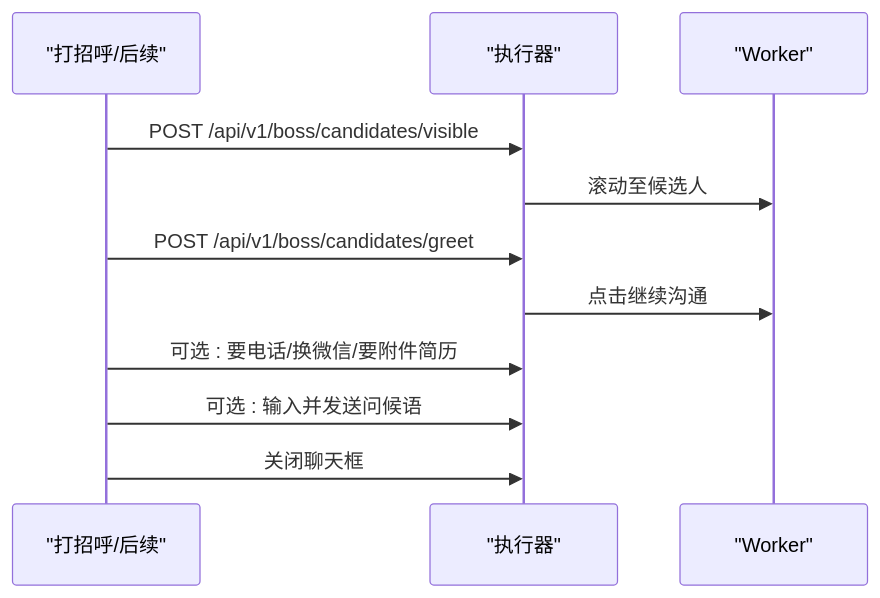
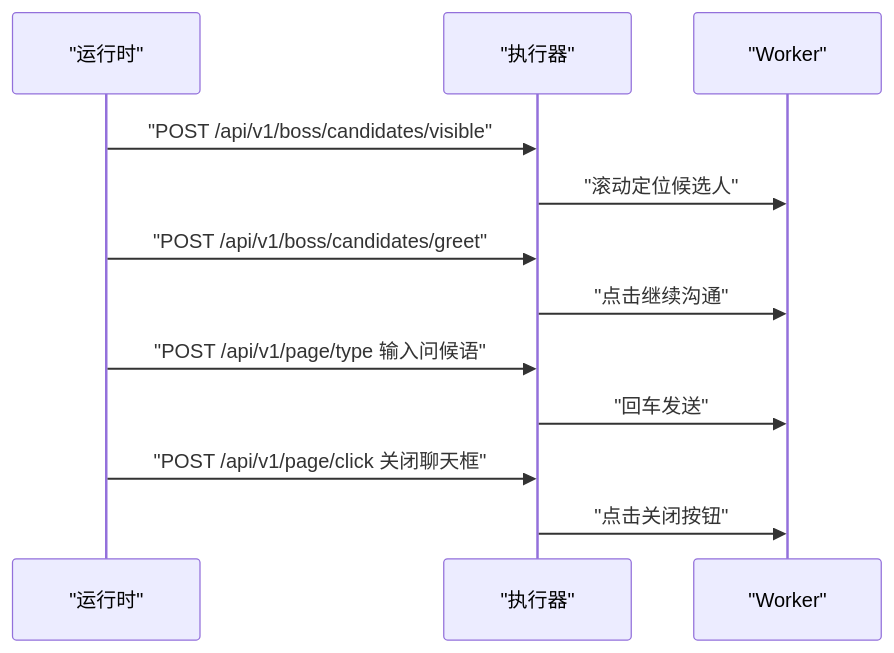
The eighth of 9 diagrams in .qoder/repowiki/zh/content/本地执行器/平台适配器/前程无忧适配器/前程无忧适配器.md (alvinwangzi/goodhr), drawn with Mermaid before and after one commit. The commit also changed other lines of this file and 149 other files, not shown here.

````diff
--- a/.qoder/repowiki/zh/content/本地执行器/平台适配器/前程无忧适配器/前程无忧适配器.md
+++ b/.qoder/repowiki/zh/content/本地执行器/平台适配器/前程无忧适配器/前程无忧适配器.md
@@ -269,13 +259,14 @@
 ```mermaid
 sequenceDiagram
-participant G as "打招呼/后续"
+participant R as "运行时"
 participant E as "执行器"
 participant W as "Worker"
-G->>E : POST /api/v1/boss/candidates/visible
-E->>W : 滚动至候选人
-G->>E : POST /api/v1/boss/candidates/greet
-E->>W : 点击继续沟通
-G->>E : 可选 : 要电话/换微信/要附件简历
-G->>E : 可选 : 输入并发送问候语
-G->>E : 关闭聊天框
+R->>E : "POST /api/v1/boss/candidates/visible"
+E->>W : "滚动定位候选人"
+R->>E : "POST /api/v1/boss/candidates/greet"
+E->>W : "点击继续沟通"
+R->>E : "POST /api/v1/page/type 输入问候语"
+E->>W : "回车发送"
+R->>E : "POST /api/v1/page/click 关闭聊天框"
+E->>W : "点击关闭按钮"
 ```
````
